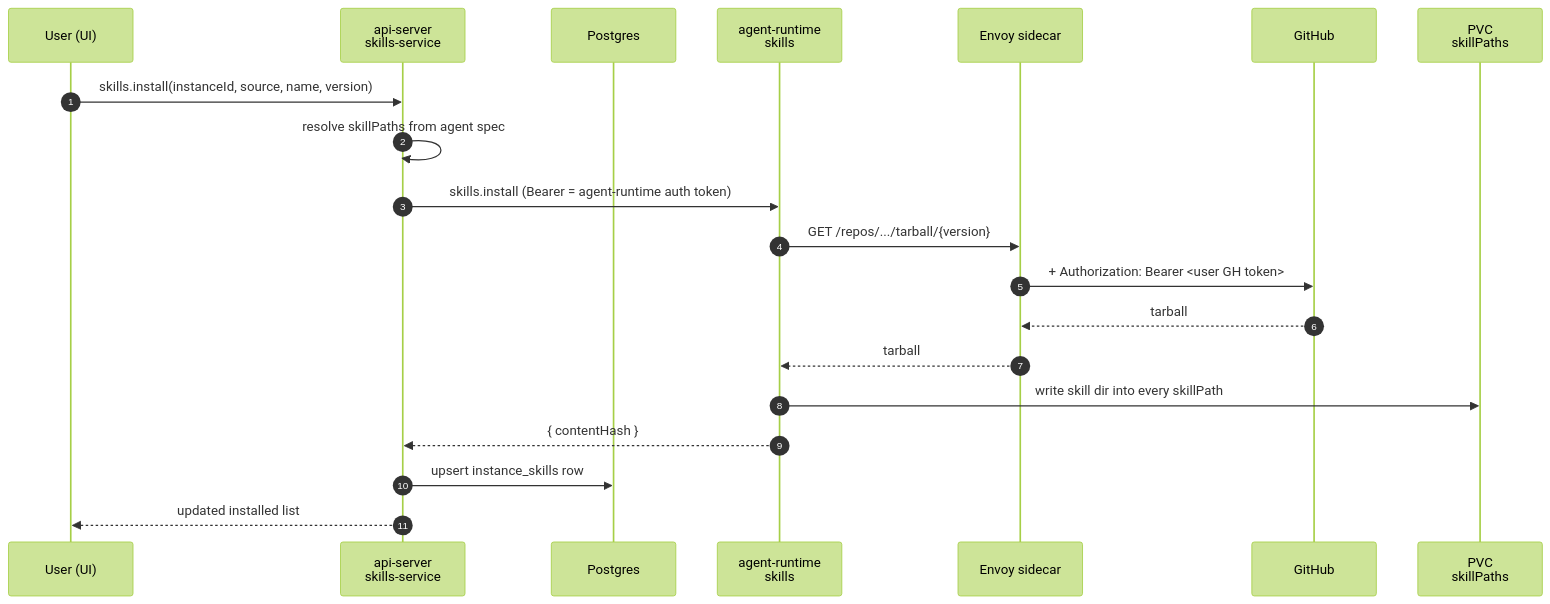
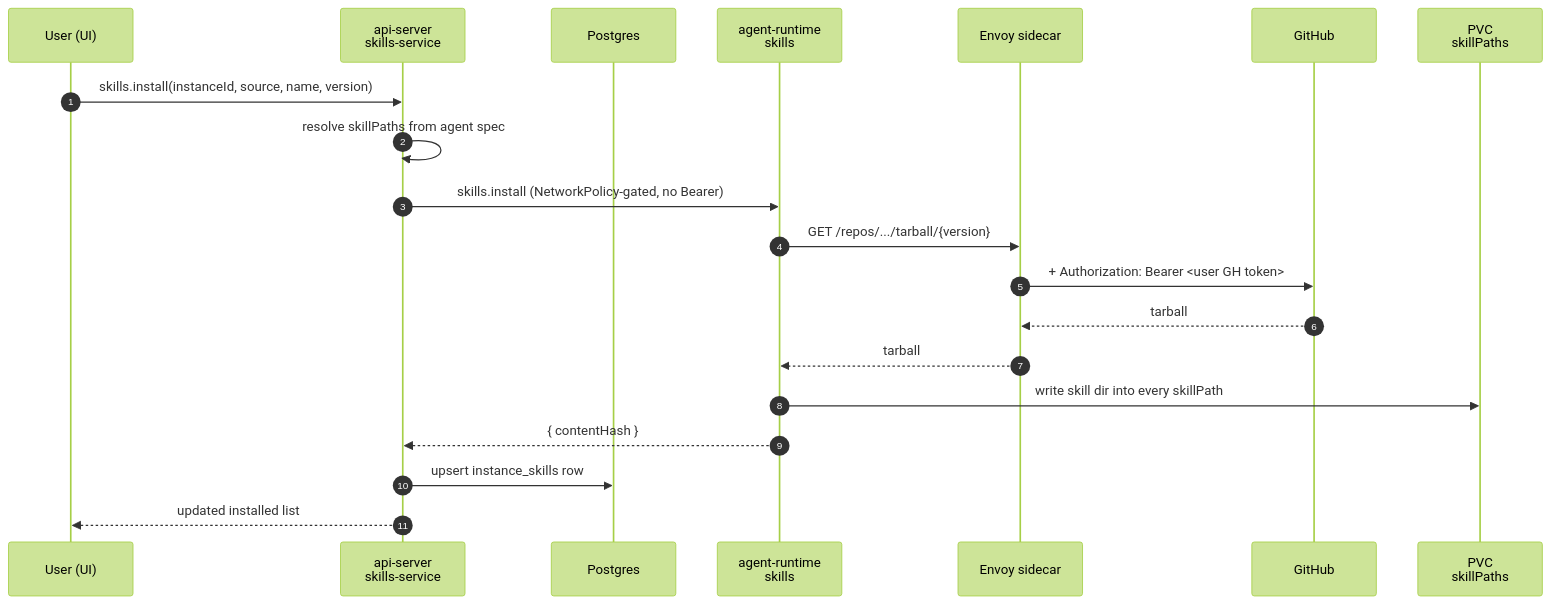
Before and after one commit to subbyte/dam: the second of 3 diagrams in docs/architecture/skills.md, drawn with Mermaid (forest theme). The commit also changed other lines of this file and 26 other files, not shown here.

Commit message:
chore(security): drop agent-runtime auth token, tighten ingress NetworkPolicy (#78)

````diff
--- a/docs/architecture/skills.md
+++ b/docs/architecture/skills.md
@@ -144,23 +144,23 @@
 ```mermaid
 sequenceDiagram
   autonumber
   participant U as User (UI)
   participant API as api-server<br/>skills-service
   participant DB as Postgres
   participant RT as agent-runtime<br/>skills
   participant ENV as Envoy sidecar
   participant GH as GitHub
   participant PVC as PVC<br/>skillPaths
 
   U->>API: skills.install(instanceId, source, name, version)
   API->>API: resolve skillPaths from agent spec
-  API->>RT: skills.install (Bearer = agent-runtime auth token)
+  API->>RT: skills.install (NetworkPolicy-gated, no Bearer)
   RT->>ENV: GET /repos/.../tarball/{version}
   ENV->>GH: + Authorization: Bearer <user GH token>
   GH-->>ENV: tarball
   ENV-->>RT: tarball
   RT->>PVC: write skill dir into every skillPath
   RT-->>API: { contentHash }
   API->>DB: upsert instance_skills row
   API-->>U: updated installed list
 ```
````
